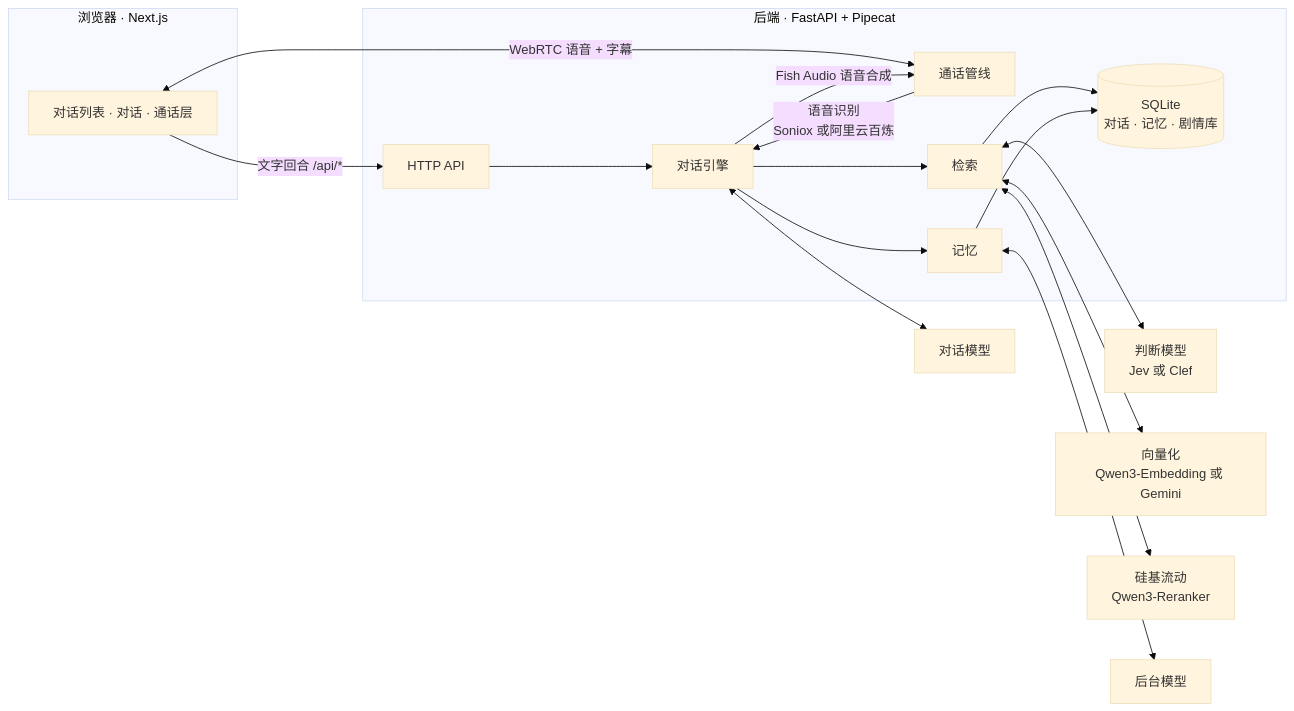
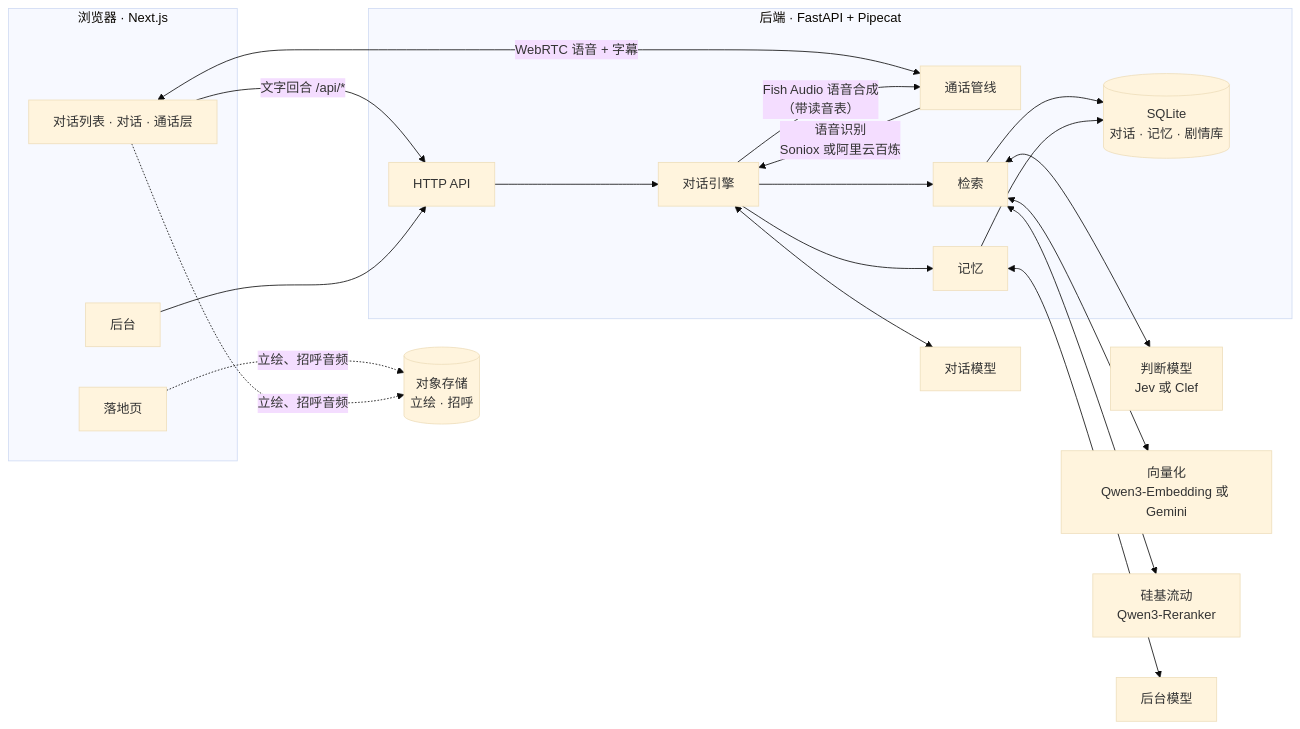
The diagram in README.md (3aKHP/idolum), drawn with Mermaid (base theme) before and after one commit. The commit also changed other lines of this file and 9 other files, not shown here.

````diff
--- a/README.md
+++ b/README.md
@@ -79,30 +127,36 @@
 ```mermaid
 flowchart LR
     subgraph Browser["浏览器 · Next.js"]
+        Landing["落地页"]
         UI["对话列表 · 对话 · 通话层"]
+        Admin["后台"]
     end
 
     subgraph Backend["后端 · FastAPI + Pipecat"]
         API["HTTP API"]
         Call["通话管线"]
         Engine["对话引擎"]
         Retrieval["检索"]
         Memory["记忆"]
         DB[("SQLite<br/>对话 · 记忆 · 剧情库")]
     end
 
+    Bucket[("对象存储<br/>立绘 · 招呼")]
+
     UI -- "文字回合 /api/*" --> API
+    Admin --> API
     UI <-- "WebRTC 语音 + 字幕" --> Call
+    Landing & UI -. "立绘、招呼音频" .-> Bucket
     API --> Engine
     Call -- "语音识别<br/>Soniox 或阿里云百炼" --> Engine
-    Engine -- "Fish Audio 语音合成" --> Call
+    Engine -- "Fish Audio 语音合成<br/>（带读音表）" --> Call
     Engine --> Retrieval
     Engine --> Memory
     Retrieval --> DB
     Memory --> DB
     Engine <--> ChatLLM["对话模型"]
-    Retrieval <--> Jev["判断模型<br/>Jev 或 Clef"]
+    Retrieval <--> Judge["判断模型<br/>Jev 或 Clef"]
     Retrieval <--> Emb["向量化<br/>Qwen3-Embedding 或 Gemini"]
     Retrieval <--> SF["硅基流动<br/>Qwen3-Reranker"]
     Memory <--> BgLLM["后台模型"]
 ```
````
